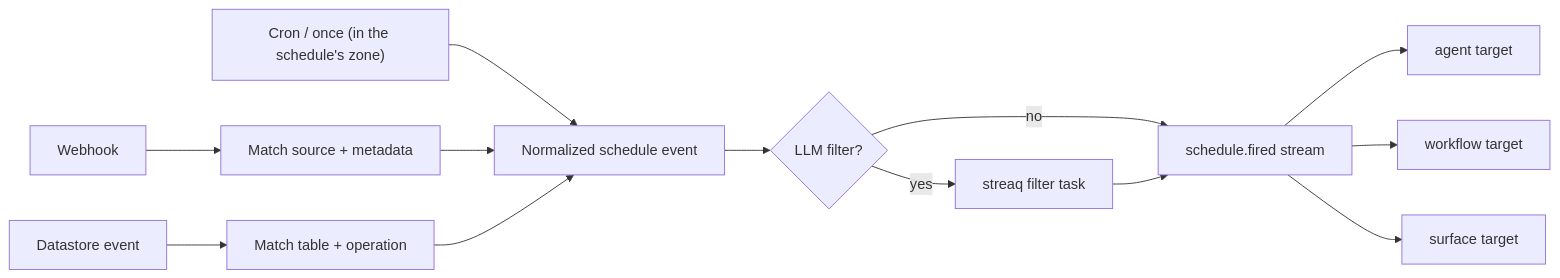
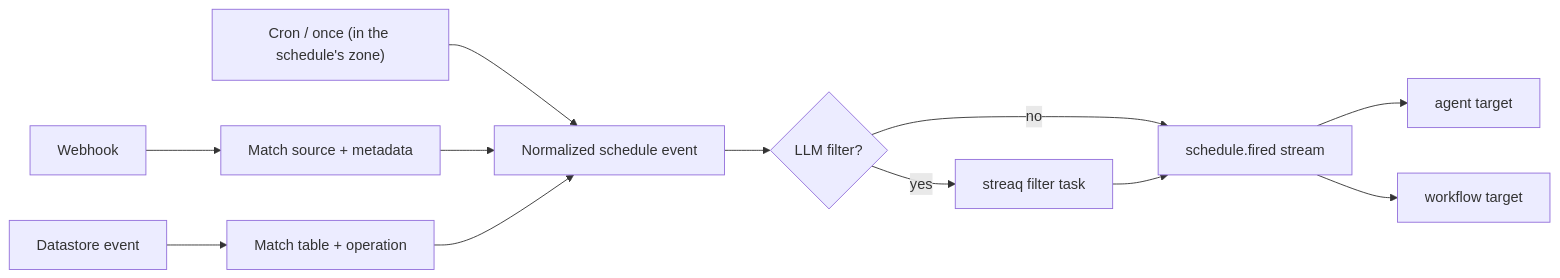
The diagram in lemma-backend/docs/modules/schedule.md (lemma-work/lemma-platform), drawn with Mermaid before and after one commit. The commit also changed other lines of this file and 11 other files, not shown here.

````diff
--- a/lemma-backend/docs/modules/schedule.md
+++ b/lemma-backend/docs/modules/schedule.md
@@ -118,12 +124,11 @@
 ```mermaid
 flowchart LR
     T["Cron / once (in the schedule's zone)"] --> N["Normalized schedule event"]
     H["Webhook"] --> M["Match source + metadata"] --> N
     D["Datastore event"] --> Q["Match table + operation"] --> N
     N --> F{"LLM filter?"}
     F -- no --> E["schedule.fired stream"]
     F -- yes --> J["streaq filter task"] --> E
     E --> A["agent target"]
     E --> W["workflow target"]
-    E --> S["surface target"]
 ```
````
